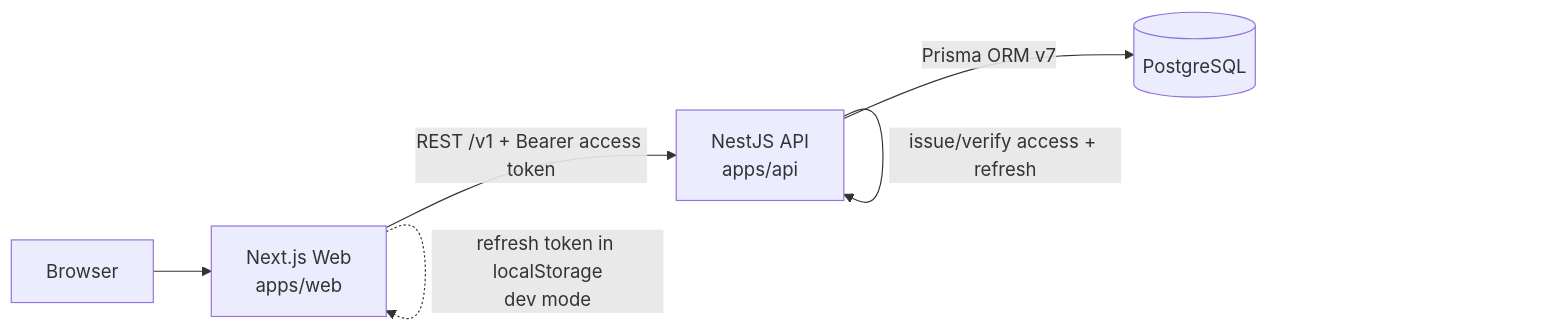
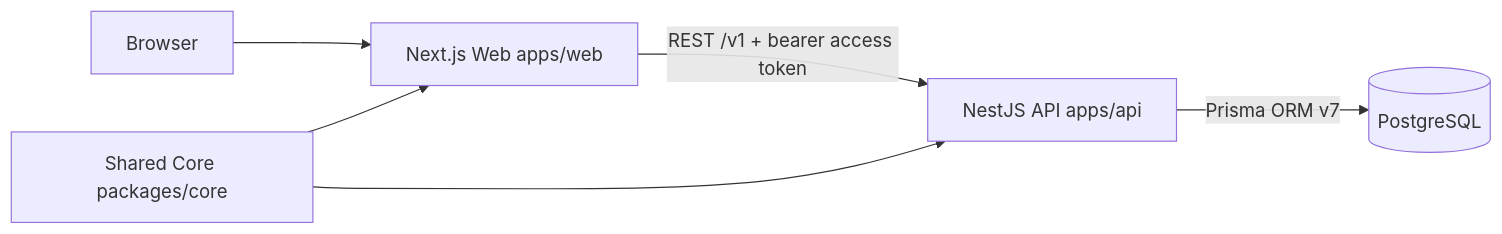
The first of 2 diagrams in README.md (yuzequn095/Aurum), drawn with Mermaid before and after one commit. The commit also changed other lines of this file, not shown here.

Commit message:
docs(readme): refresh milestone status and snapshot-driven AI architecture

````diff
--- a/README.md
+++ b/README.md
@@ -225,8 +249,8 @@
 ```mermaid
 flowchart LR
-  B[Browser] --> W[Next.js Web<br/>apps/web]
-  W -->|REST /v1 + Bearer access token| A[NestJS API<br/>apps/api]
+  B[Browser] --> W[Next.js Web apps/web]
+  W -->|REST /v1 + bearer access token| A[NestJS API apps/api]
   A -->|Prisma ORM v7| P[(PostgreSQL)]
-  W -.->|refresh token in localStorage<br/>dev mode| W
-  A -->|issue/verify access + refresh| A
+  C[Shared Core packages/core] --> W
+  C --> A
 ```
````
